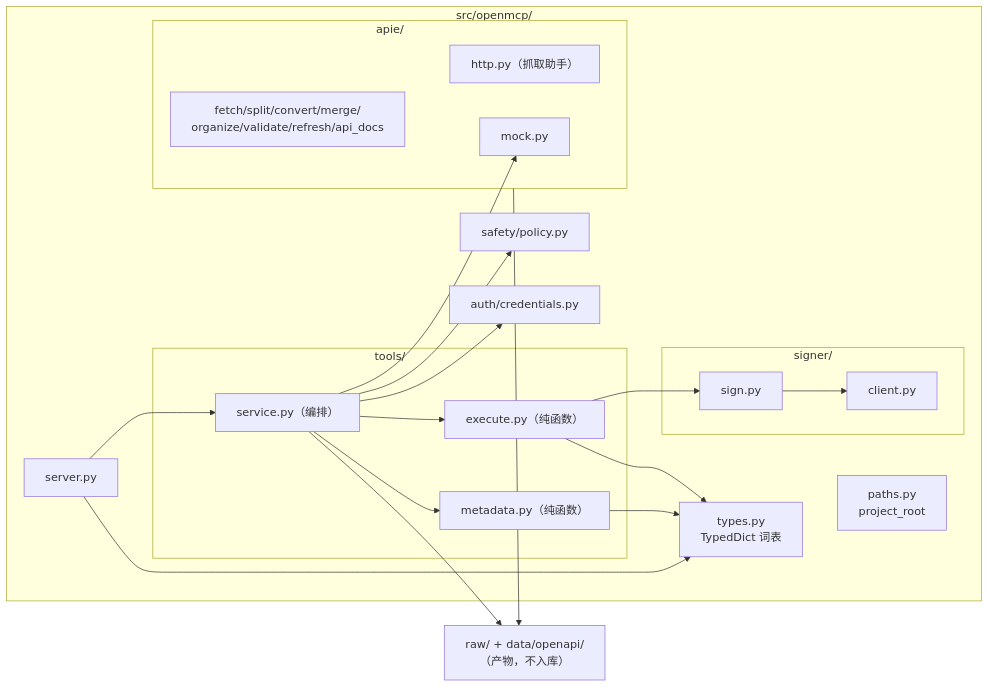
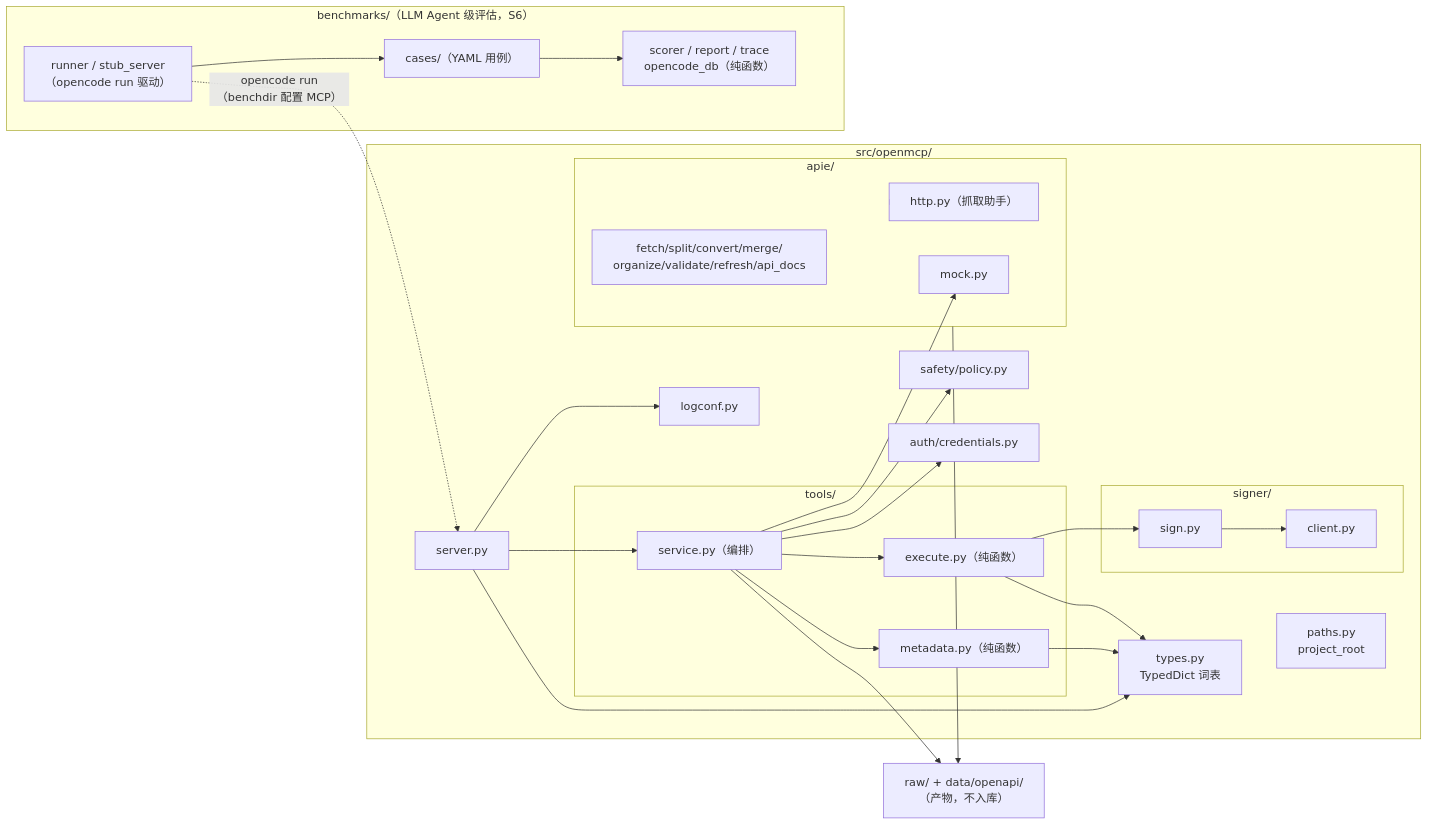
One commit to huaweicloud-mate/huaweicloud-open-mcp changed the sixth of 8 diagrams in docs/design.md. Above: the diagram before and after it, drawn with Mermaid. The commit also changed other lines of this file and 2 other files, not shown here.

````diff
--- a/docs/design.md
+++ b/docs/design.md
@@ -196,38 +197,47 @@
 ```mermaid
 graph LR
     subgraph src["src/openmcp/"]
         T["types.py<br/>TypedDict 词表"]
         P["paths.py<br/>project_root"]
         SRV["server.py"]
         subgraph TL["tools/"]
             MT["metadata.py（纯函数）"]
             EX["execute.py（纯函数）"]
             SV["service.py（编排）"]
         end
         subgraph SG["signer/"]
             SN["sign.py"]
             CL["client.py"]
         end
         subgraph AP["apie/"]
             PIPE["fetch/split/convert/merge/<br/>organize/validate/refresh/api_docs"]
             H["http.py（抓取助手）"]
             MK["mock.py"]
         end
         SF["safety/policy.py"]
         AU["auth/credentials.py"]
+        LG["logconf.py"]
     end
     DS["raw/ + data/openapi/<br/>（产物，不入库）"]
+    subgraph BNM["benchmarks/（LLM Agent 级评估，S6）"]
+        BC["cases/（YAML 用例）"]
+        BSC["scorer / report / trace<br/>opencode_db（纯函数）"]
+        BR["runner / stub_server<br/>（opencode run 驱动）"]
+    end
 
     SRV --> SV --> MT
     SV --> EX --> SN --> CL
     SV --> SF
     SV --> AU
+    SRV --> LG
     SRV --> T
     MT --> T
     EX --> T
     AP --> H
     AP --> MK
     AP --> DS
     SV --> DS
     SV --> MK
+    BR -.opencode run（benchdir 配置 MCP）.-> SRV
+    BR --> BC --> BSC
 ```
````
